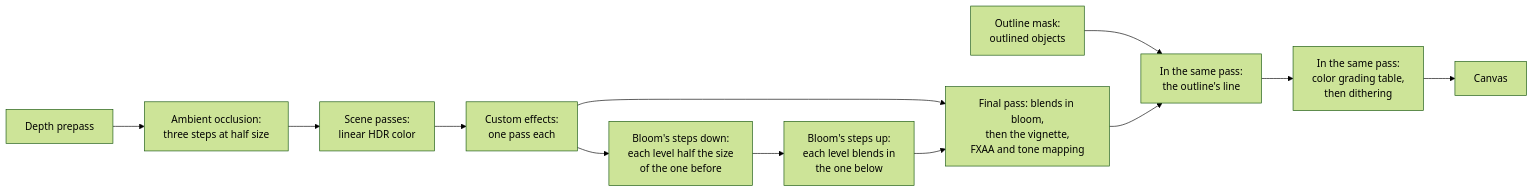
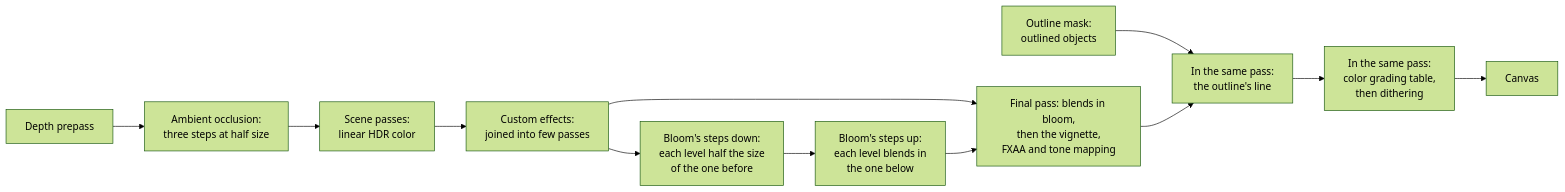
Before and after one commit to null3d-engine/null3d: the diagram in docs/concepts/post-processing.md, drawn with Mermaid (forest theme). The commit also changed other lines of this file and 79 other files, not shown here.

First line of the commit message:
feat(engine): join custom effects into fewer passes, and fold the last into the final pass (#408)

````diff
--- a/docs/concepts/post-processing.md
+++ b/docs/concepts/post-processing.md
@@ -13,14 +13,14 @@
 ```mermaid
 flowchart LR
     prepass["Depth prepass"] --> ao["Ambient occlusion:<br/>three steps at half size"]
     ao --> scene
-    scene["Scene passes:<br/>linear HDR color"] --> custom["Custom effects:<br/>one pass each"]
+    scene["Scene passes:<br/>linear HDR color"] --> custom["Custom effects:<br/>joined into few passes"]
     custom --> down["Bloom's steps down:<br/>each level half the size<br/>of the one before"]
     down --> up["Bloom's steps up:<br/>each level blends in<br/>the one below"]
     custom --> final["Final pass: blends in bloom,<br/>then the vignette,<br/>FXAA and tone mapping"]
     up --> final
     mask["Outline mask:<br/>outlined objects"] --> line
     final --> line["In the same pass:<br/>the outline's line"]
     line --> grade["In the same pass:<br/>color grading table,<br/>then dithering"]
     grade --> canvas["Canvas"]
 ```
````
